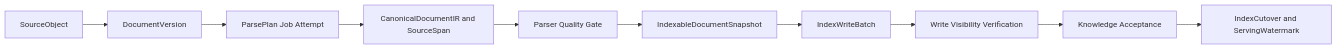
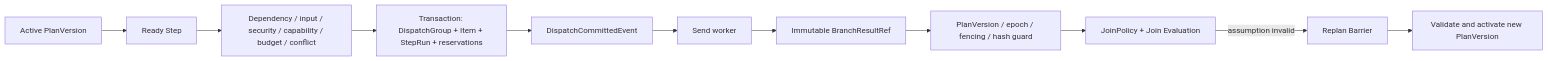
One commit to ProfessorZhi/Zuno changed the eighth of 30 diagrams in .agent/architecture/architecture-views.md. Above: the diagram before and after it, drawn with Mermaid. The commit also changed other lines of this file and 22 other files, not shown here.

Commit message:
docs: realign total architecture with canonical modules

````diff
--- a/.agent/architecture/architecture-views.md
+++ b/.agent/architecture/architecture-views.md
@@ -124,12 +138,13 @@
 ```mermaid
 flowchart LR
-  SRC[SourceObject] --> DV[DocumentVersion]
-  DV --> PARSE[ParsePlan Job Attempt]
-  PARSE --> IR[CanonicalDocumentIR and SourceSpan]
-  IR --> QUALITY[Parser Quality Gate]
-  QUALITY --> HAND[IndexableDocumentSnapshot]
-  HAND --> BUILD[IndexWriteBatch]
-  BUILD --> VIS[Write Visibility Verification]
-  VIS --> ACCEPT[Knowledge Acceptance]
-  ACCEPT --> CUT[IndexCutover and ServingWatermark]
+  ACTIVE[Active PlanVersion] --> READY[Ready Step]
+  READY --> CHECK[Dependency / input / security / capability / budget / conflict]
+  CHECK --> TX[Transaction: DispatchGroup + Item + StepRun + reservations]
+  TX --> EVENT[DispatchCommittedEvent]
+  EVENT --> SEND[Send worker]
+  SEND --> RESULT[Immutable BranchResultRef]
+  RESULT --> GUARD[PlanVersion / epoch / fencing / hash guard]
+  GUARD --> JOIN[JoinPolicy + Join Evaluation]
+  JOIN -->|assumption invalid| BARRIER[Replan Barrier]
+  BARRIER --> NEW[Validate and activate new PlanVersion]
 ```
````
